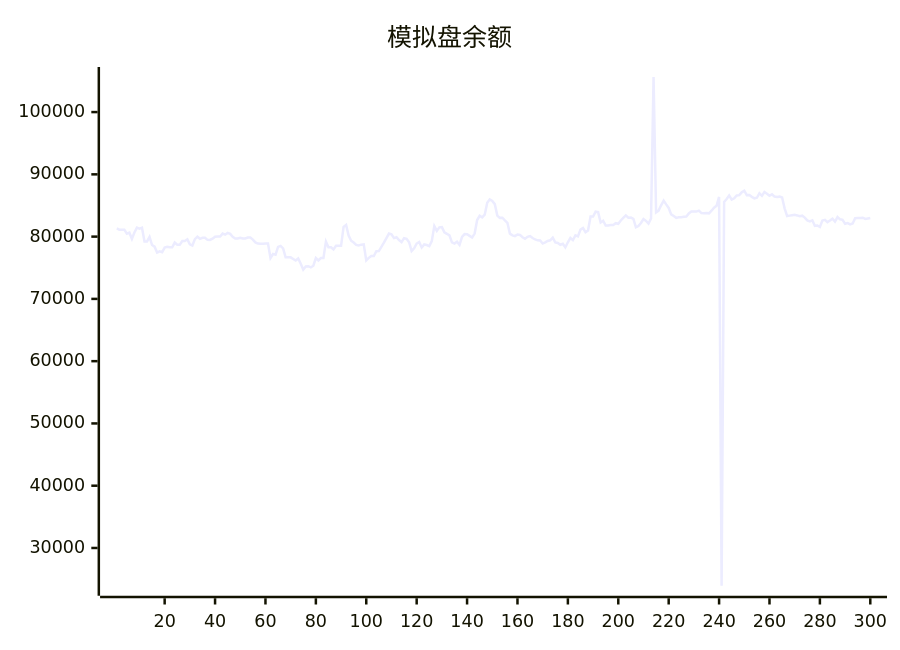
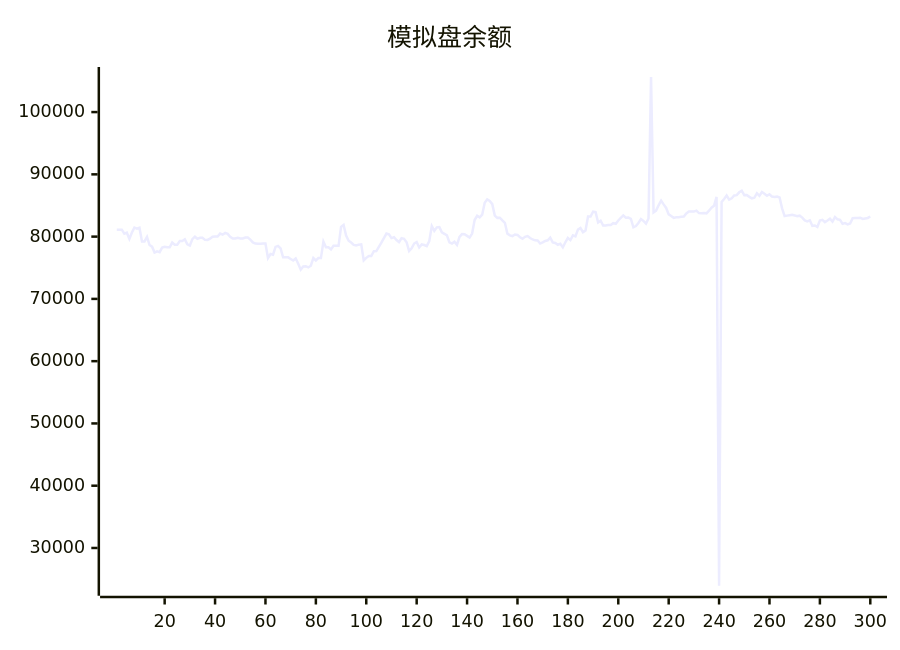
Before and after one commit to aahl/ai-trading: the diagram in README.md, drawn with Mermaid. The commit also changed other lines of this file and 1 other file, not shown here.

````diff
--- a/README.md
+++ b/README.md
@@ -5,5 +5,5 @@
 ```mermaid
 xychart
     title "模拟盘余额"
-    line [81309,81106,81119,81119,80471,80631,79624,80670,81448,81290,81429,79212,79222,79940,78643,78380,77432,77623,77504,78235,78358,78284,78277,79048,78714,78714,79290,79308,79567,78763,78563,79603,79988,79652,79813,79813,79476,79469,79673,79995,80015,80015,80486,80314,80600,80436,79966,79689,79689,79819,79692,79692,79850,79850,79518,79071,78889,78850,78850,78878,78878,76554,77202,77103,78357,78510,78106,76678,76677,76672,76411,76159,76485,75656,74695,75197,75246,75052,75334,76564,76179,76553,76551,79196,78300,78300,77944,78531,78531,78521,81564,81884,80160,79335,79055,78675,78580,78708,78764,76179,76586,76902,76876,77658,77669,78346,79023,79769,80497,80366,79761,79896,79448,79126,79749,79658,79097,77695,78114,78888,79126,78249,78738,78653,78478,79271,81680,80923,81488,81527,80681,80455,80190,79084,78879,79193,78686,79954,80403,80374,80118,79848,80491,82665,83351,83098,83525,85430,85983,85737,85221,83378,83014,83043,82613,82216,80477,80208,80081,80348,80277,79894,79670,79965,80093,79786,79542,79406,79371,78893,79087,79304,79406,79841,79072,78978,78696,78846,78272,79085,79787,79442,80198,80031,81120,81379,80718,80985,83214,83212,83993,83921,82270,82547,81776,81776,81866,81866,82158,82061,82596,83000,83408,83041,83050,82858,81503,81691,82188,82812,82517,82092,82901,105633,83898,84180,85030,85781,85178,84604,83569,83298,83008,83093,83107,83175,83228,83729,84025,84017,84019,84177,83775,83762,83785,83738,84160,84639,84939,86370,23934,85548,86046,86599,85942,86161,86622,86664,87115,87369,86666,86685,86384,86152,86243,86969,86548,87164,86885,86566,86809,86427,86348,86417,86273,84538,83299,83369,83430,83490,83404,83270,83362,83056,82605,82459,82614,81734,81788,81551,82598,82702,82320,82580,82878,82426,83139,82778,82686,82056,82166,81963,82110,82951,82983,82984,83038,82838,82915,82998]
+    line [81106,81119,81119,80471,80631,79624,80670,81448,81290,81429,79212,79222,79940,78643,78380,77432,77623,77504,78235,78358,78284,78277,79048,78714,78714,79290,79308,79567,78763,78563,79603,79988,79652,79813,79813,79476,79469,79673,79995,80015,80015,80486,80314,80600,80436,79966,79689,79689,79819,79692,79692,79850,79850,79518,79071,78889,78850,78850,78878,78878,76554,77202,77103,78357,78510,78106,76678,76677,76672,76411,76159,76485,75656,74695,75197,75246,75052,75334,76564,76179,76553,76551,79196,78300,78300,77944,78531,78531,78521,81564,81884,80160,79335,79055,78675,78580,78708,78764,76179,76586,76902,76876,77658,77669,78346,79023,79769,80497,80366,79761,79896,79448,79126,79749,79658,79097,77695,78114,78888,79126,78249,78738,78653,78478,79271,81680,80923,81488,81527,80681,80455,80190,79084,78879,79193,78686,79954,80403,80374,80118,79848,80491,82665,83351,83098,83525,85430,85983,85737,85221,83378,83014,83043,82613,82216,80477,80208,80081,80348,80277,79894,79670,79965,80093,79786,79542,79406,79371,78893,79087,79304,79406,79841,79072,78978,78696,78846,78272,79085,79787,79442,80198,80031,81120,81379,80718,80985,83214,83212,83993,83921,82270,82547,81776,81776,81866,81866,82158,82061,82596,83000,83408,83041,83050,82858,81503,81691,82188,82812,82517,82092,82901,105633,83898,84180,85030,85781,85178,84604,83569,83298,83008,83093,83107,83175,83228,83729,84025,84017,84019,84177,83775,83762,83785,83738,84160,84639,84939,86370,23934,85548,86046,86599,85942,86161,86622,86664,87115,87369,86666,86685,86384,86152,86243,86969,86548,87164,86885,86566,86809,86427,86348,86417,86273,84538,83299,83369,83430,83490,83404,83270,83362,83056,82605,82459,82614,81734,81788,81551,82598,82702,82320,82580,82878,82426,83139,82778,82686,82056,82166,81963,82110,82951,82983,82984,83038,82838,82915,82998,83235]
 ```
````
